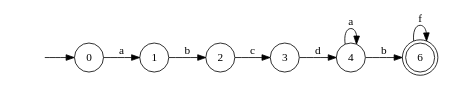
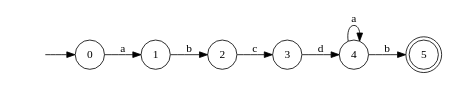
The diagram in mini.gv (liangzihong/RegExpEngine), drawn with Graphviz before and after one commit. The commit also changed 8 other files, not shown here.

Commit message:
修复了 最小化后画图 序号>点数的问题 的bug。

```diff
--- a/mini.gv
+++ b/mini.gv
@@ -1,16 +1,15 @@
 digraph mini {
 	rankdir=LR size=4.5
 	node [shape=doublecircle]
-	6
+	5
 	node [shape=circle]
 	0 -> 1 [label=a]
 	1 -> 2 [label=b]
 	2 -> 3 [label=c]
 	3 -> 4 [label=d]
+	4 -> 5 [label=b]
 	4 -> 4 [label=a]
-	4 -> 6 [label=b]
-	6 -> 6 [label=f]
 	node [style=invis]
 	-1
 	-1 -> 0
 }
```
